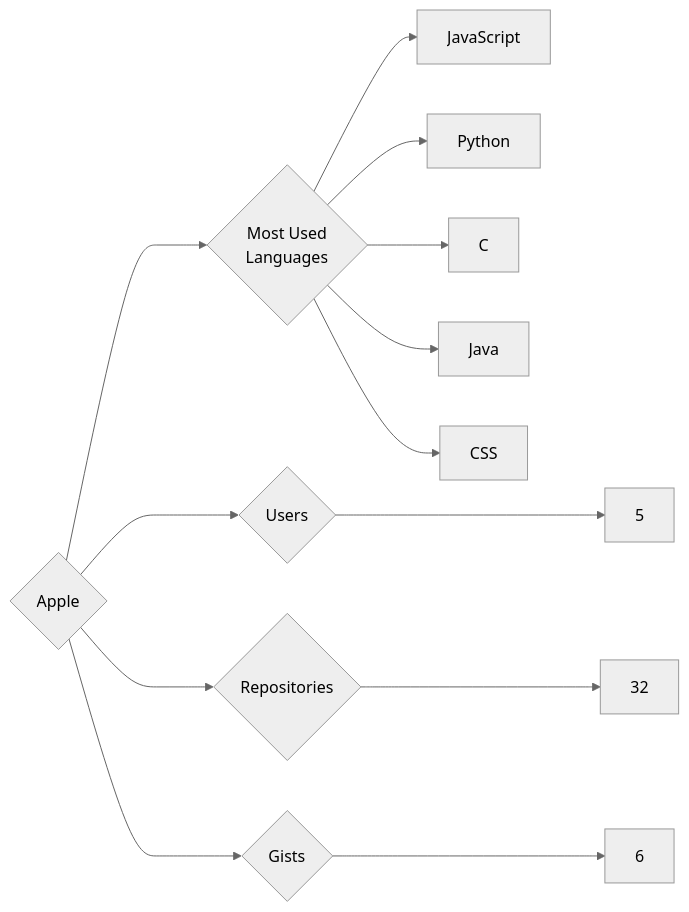
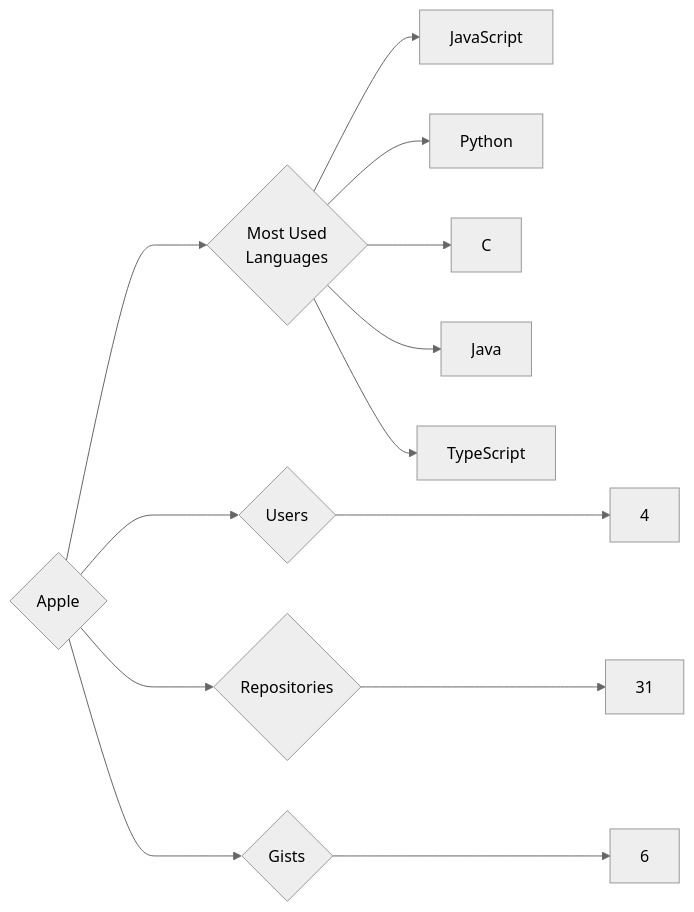
The diagram in targets/Apple/README.md (trickest/insiders), drawn with Mermaid (neutral theme) before and after one commit. The commit also changed 559 other files, not shown here.

````diff
--- a/targets/Apple/README.md
+++ b/targets/Apple/README.md
@@ -3,13 +3,13 @@
 ```mermaid
 graph LR
 COMPANY_NAME{Apple}
-COMPANY_NAME ---> U{Users} ---> UN[5]
-COMPANY_NAME ---> R{Repositories} ---> RN[32]
+COMPANY_NAME ---> U{Users} ---> UN[4]
+COMPANY_NAME ---> R{Repositories} ---> RN[31]
 COMPANY_NAME ---> G{Gists} ---> GN[6]
 COMPANY_NAME ---> ML{Most Used<br>Languages}
 ML --> JavaScript[JavaScript]
 ML --> Python[Python]
 ML --> C[C]
 ML --> Java[Java]
-ML --> CSS[CSS]
+ML --> TypeScript[TypeScript]
 ```
````
